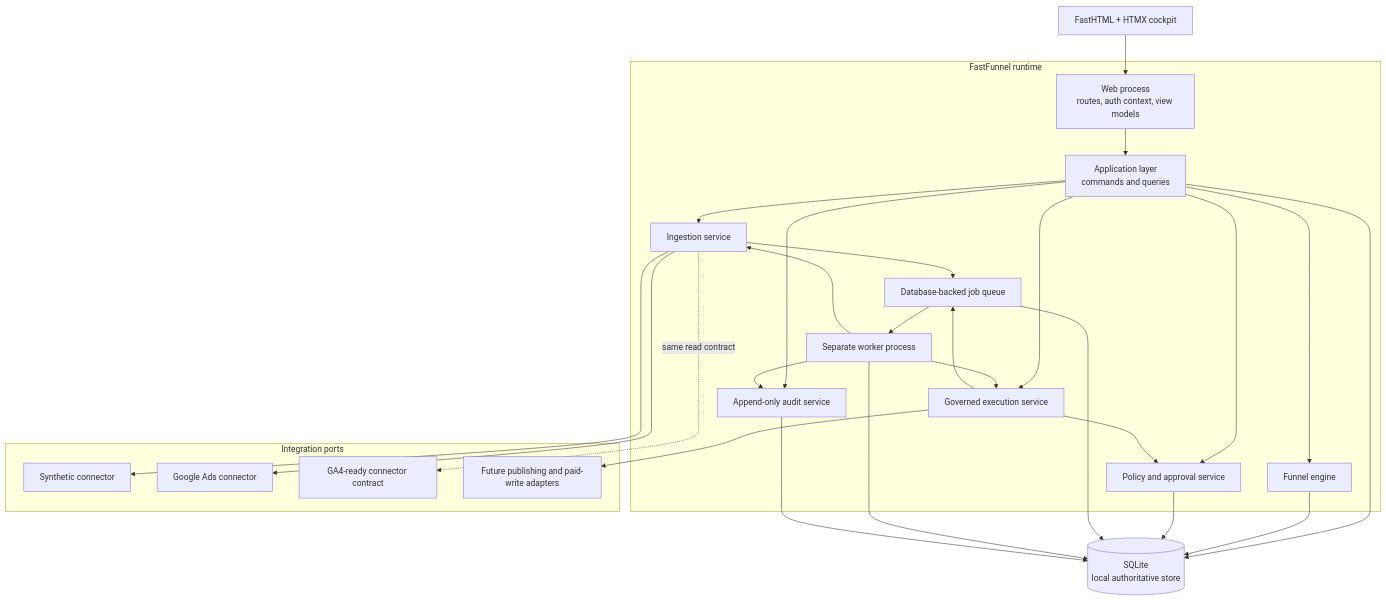
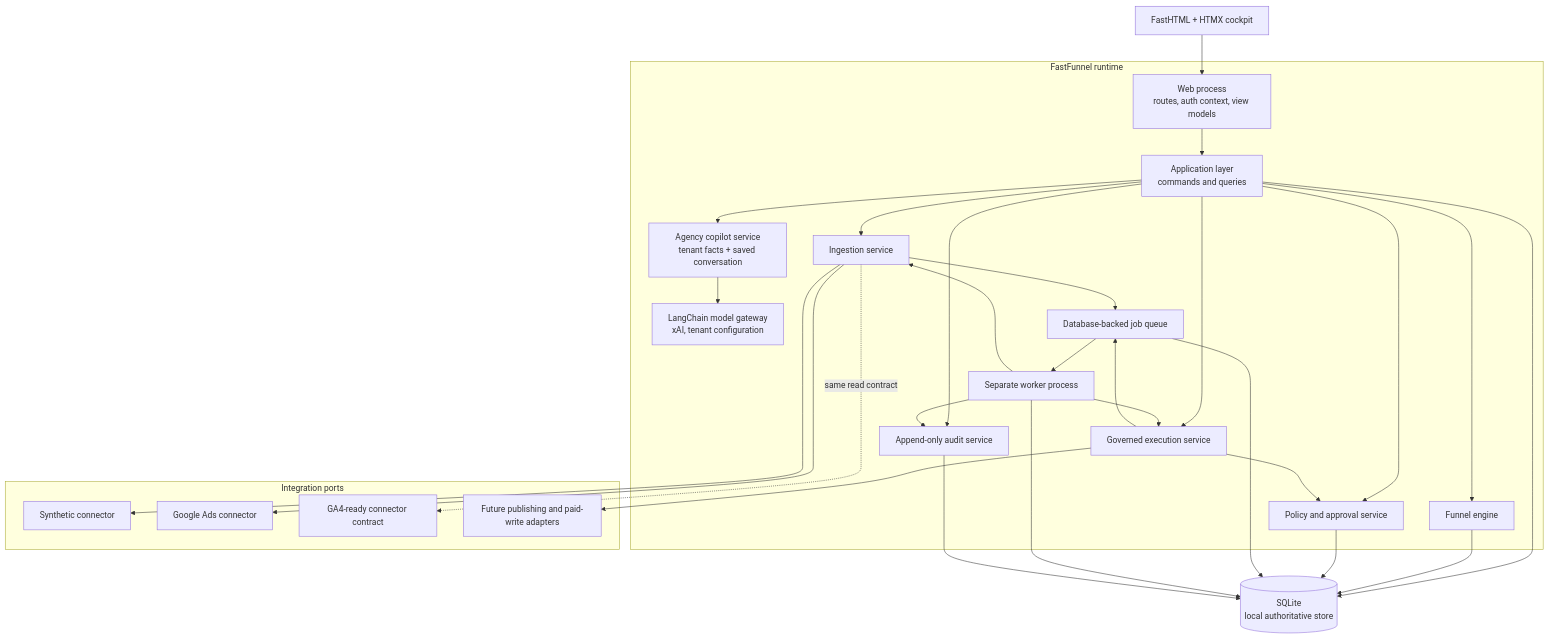
The first of 9 diagrams in docs/architecture_readme.md (predictivelabsai/fastfunnel), drawn with Mermaid before and after one commit. The commit also changed other lines of this file and 10 other files, not shown here.

````diff
--- a/docs/architecture_readme.md
+++ b/docs/architecture_readme.md
@@ -49,50 +51,54 @@
 ```mermaid
 flowchart TB
     Browser["FastHTML + HTMX cockpit"]
 
     subgraph Runtime["FastFunnel runtime"]
         Web["Web process<br/>routes, auth context, view models"]
         App["Application layer<br/>commands and queries"]
         Policy["Policy and approval service"]
         Funnel["Funnel engine"]
         Ingestion["Ingestion service"]
         Execution["Governed execution service"]
+        Agency["Agency copilot service<br/>tenant facts + saved conversation"]
+        Model["LangChain model gateway<br/>xAI, tenant configuration"]
         Queue["Database-backed job queue"]
         Worker["Separate worker process"]
         Audit["Append-only audit service"]
     end
 
     subgraph Ports["Integration ports"]
         Synthetic["Synthetic connector"]
         GoogleAds["Google Ads connector"]
         GA4["GA4-ready connector contract"]
         Publishers["Future publishing and paid-write adapters"]
     end
 
     DB[("SQLite<br/>local authoritative store")]
 
     Browser --> Web
     Web --> App
     App --> Funnel
     App --> Ingestion
     App --> Policy
     App --> Execution
+    App --> Agency
+    Agency --> Model
     Ingestion --> Queue
     Execution --> Policy
     Execution --> Queue
     Queue --> Worker
     Worker --> Ingestion
     Worker --> Execution
     Ingestion --> Synthetic
     Ingestion --> GoogleAds
     Ingestion -. same read contract .-> GA4
     Execution --> Publishers
     App --> DB
     Funnel --> DB
     Policy --> DB
     Queue --> DB
     Worker --> DB
     Audit --> DB
     App --> Audit
     Worker --> Audit
 ```
````
